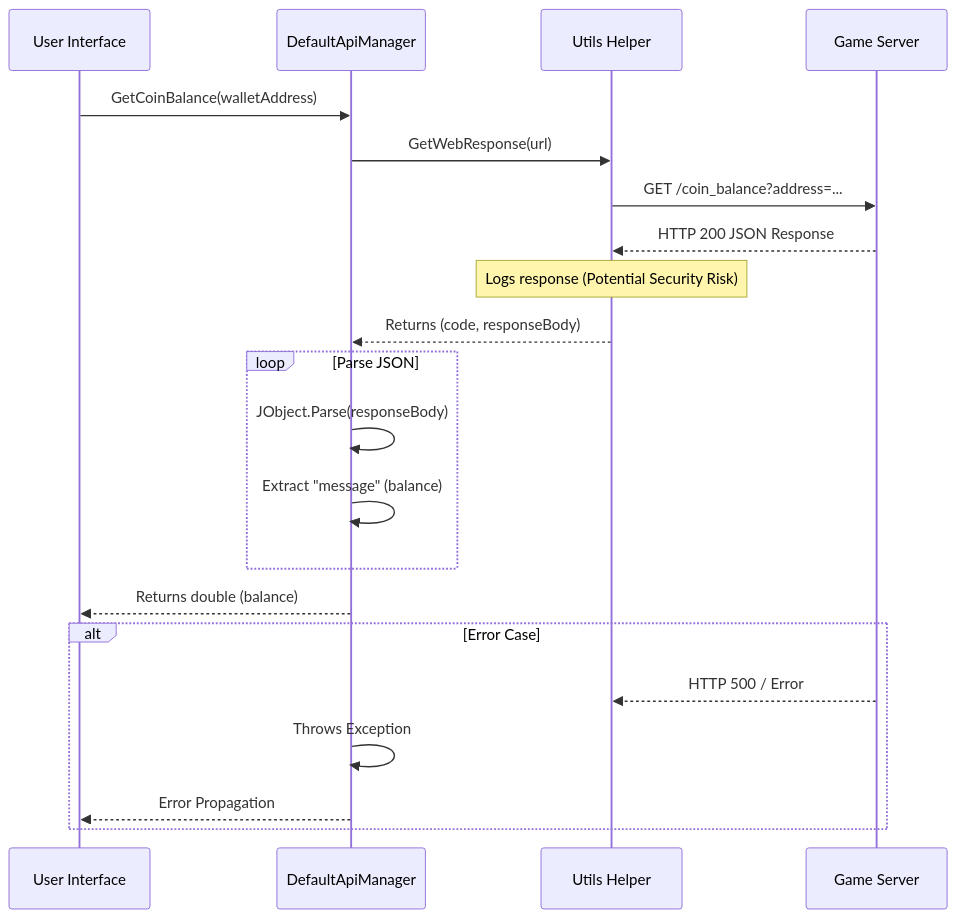
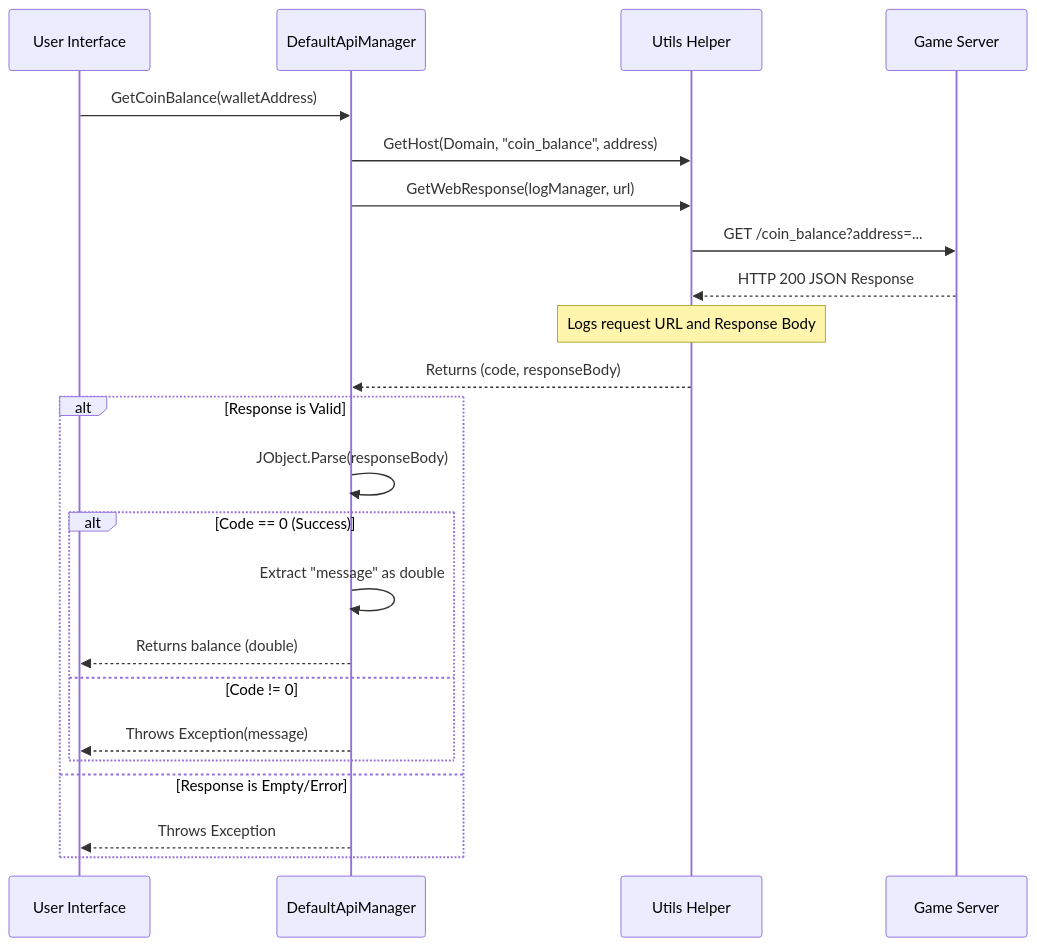
The third of 4 diagrams in ARCHITECTURE.md (alanvito1/bombcrypto-client-v2), drawn with Mermaid before and after one commit. The commit also changed other lines of this file and 3 other files, not shown here.

First line of the commit message:
docs: update README, ARCHITECTURE, and create CONTRIBUTING.md

````diff
--- a/ARCHITECTURE.md
+++ b/ARCHITECTURE.md
@@ -23,25 +46,27 @@
 ```mermaid
 sequenceDiagram
     participant UI as User Interface
     participant API as DefaultApiManager
     participant Utils as Utils Helper
     participant Server as Game Server
 
     UI->>API: GetCoinBalance(walletAddress)
-    API->>Utils: GetWebResponse(url)
+    API->>Utils: GetHost(Domain, "coin_balance", address)
+    API->>Utils: GetWebResponse(logManager, url)
     Utils->>Server: GET /coin_balance?address=...
     Server-->>Utils: HTTP 200 JSON Response
-    Note over Utils: Logs response (Potential Security Risk)
+    Note over Utils: Logs request URL and Response Body
     Utils-->>API: Returns (code, responseBody)
-    loop Parse JSON
+
+    alt Response is Valid
         API->>API: JObject.Parse(responseBody)
-        API->>API: Extract "message" (balance)
-    end
-    API-->>UI: Returns double (balance)
-
-    alt Error Case
-        Server-->>Utils: HTTP 500 / Error
-        API->>API: Throws Exception
-        API-->>UI: Error Propagation
+        alt Code == 0 (Success)
+            API->>API: Extract "message" as double
+            API-->>UI: Returns balance (double)
+        else Code != 0
+            API-->>UI: Throws Exception(message)
+        end
+    else Response is Empty/Error
+        API-->>UI: Throws Exception
     end
 ```
````
